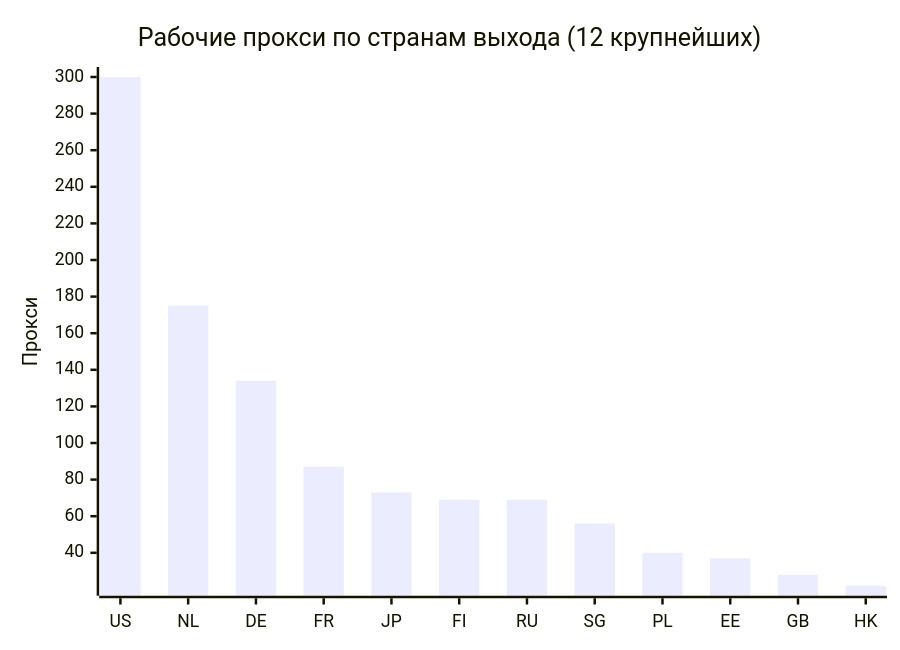
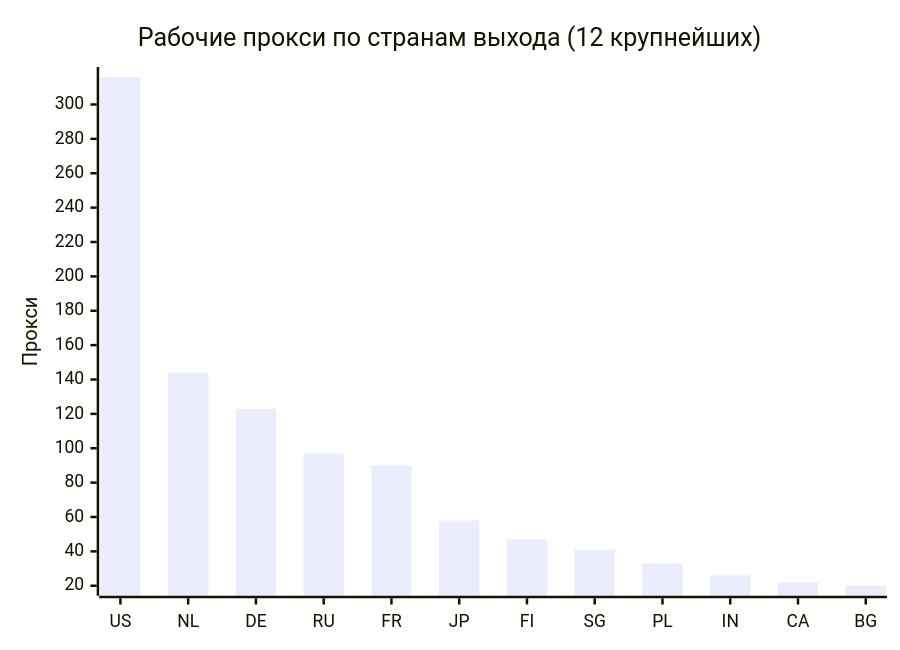
One commit to rvvg/proxy-subs changed the second of 4 diagrams in README.md. Above: the diagram before and after it, drawn with Mermaid. The commit also changed other lines of this file and 55 other files, not shown here.

````diff
--- a/README.md
+++ b/README.md
@@ -138,7 +133,7 @@
 ```mermaid
 xychart-beta
     title "Рабочие прокси по странам выхода (12 крупнейших)"
-    x-axis ["US", "NL", "DE", "FR", "JP", "FI", "RU", "SG", "PL", "EE", "GB", "HK"]
+    x-axis ["US", "NL", "DE", "RU", "FR", "JP", "FI", "SG", "PL", "IN", "CA", "BG"]
     y-axis "Прокси"
-    bar [300, 175, 134, 87, 73, 69, 69, 56, 40, 37, 28, 22]
+    bar [316, 144, 123, 97, 90, 58, 47, 41, 33, 26, 22, 20]
 ```
````
